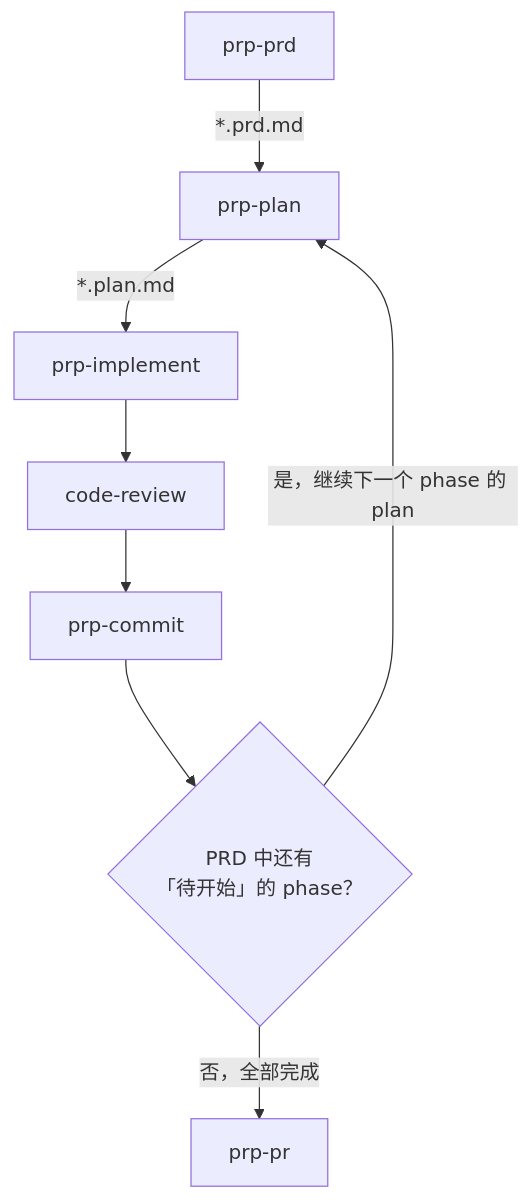
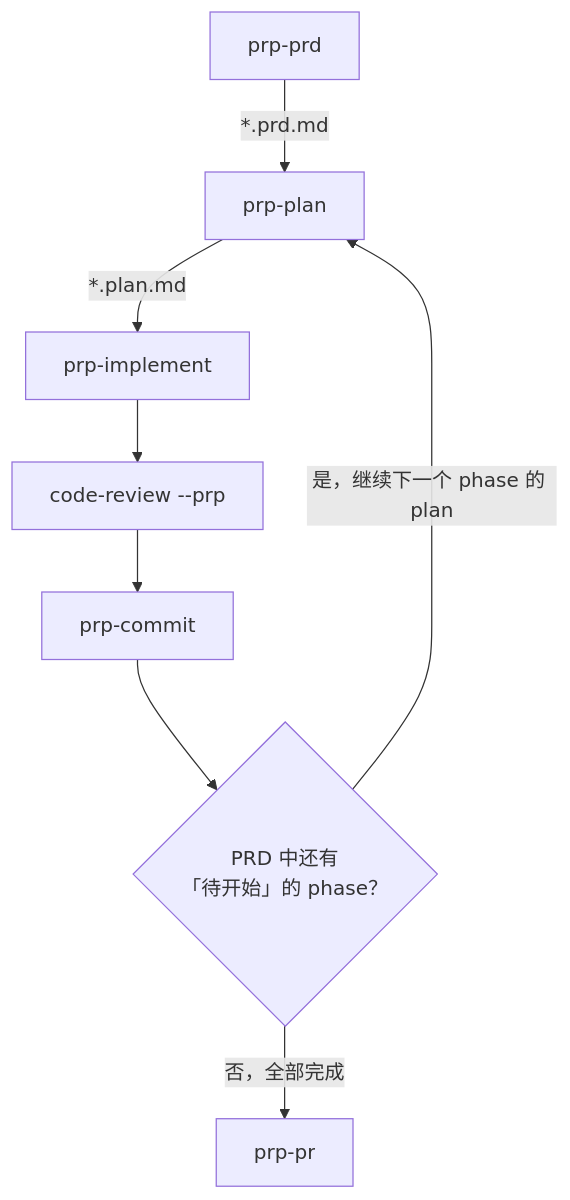
Before and after one commit to AIMeta3S/ECC-study-: the diagram in custom-install/aimeta3s/install-src/docs/command-helper.md, drawn with Mermaid. The commit also changed other lines of this file and 2 other files, not shown here.

Commit message:
docs(prp): 更新PRP流程的代码审查文档，新增--prp审查模式
- 为/code-review命令新增--prp模式，用于核验PRP实施阶段的验证结果
- 更新PRP流水线各环节的命令示例与测试表格命名规范
- 完善代码审查文档的模式分类、验证逻辑与报告说明

````diff
--- a/custom-install/aimeta3s/install-src/docs/command-helper.md
+++ b/custom-install/aimeta3s/install-src/docs/command-helper.md
@@ -113,10 +113,10 @@
 ```mermaid
 flowchart TD
     A["prp-prd"] -->|"*.prd.md"| B["prp-plan"]
     B -->|"*.plan.md"| C["prp-implement"]
-    C --> G["code-review"]
+    C --> G["code-review --prp"]
     G --> E["prp-commit"]
     E --> D{"PRD 中还有<br/>「待开始」的 phase？"}
     D -->|是，继续下一个 phase 的 plan| B
     D -->|否，全部完成| F["prp-pr"]
 ```
````
